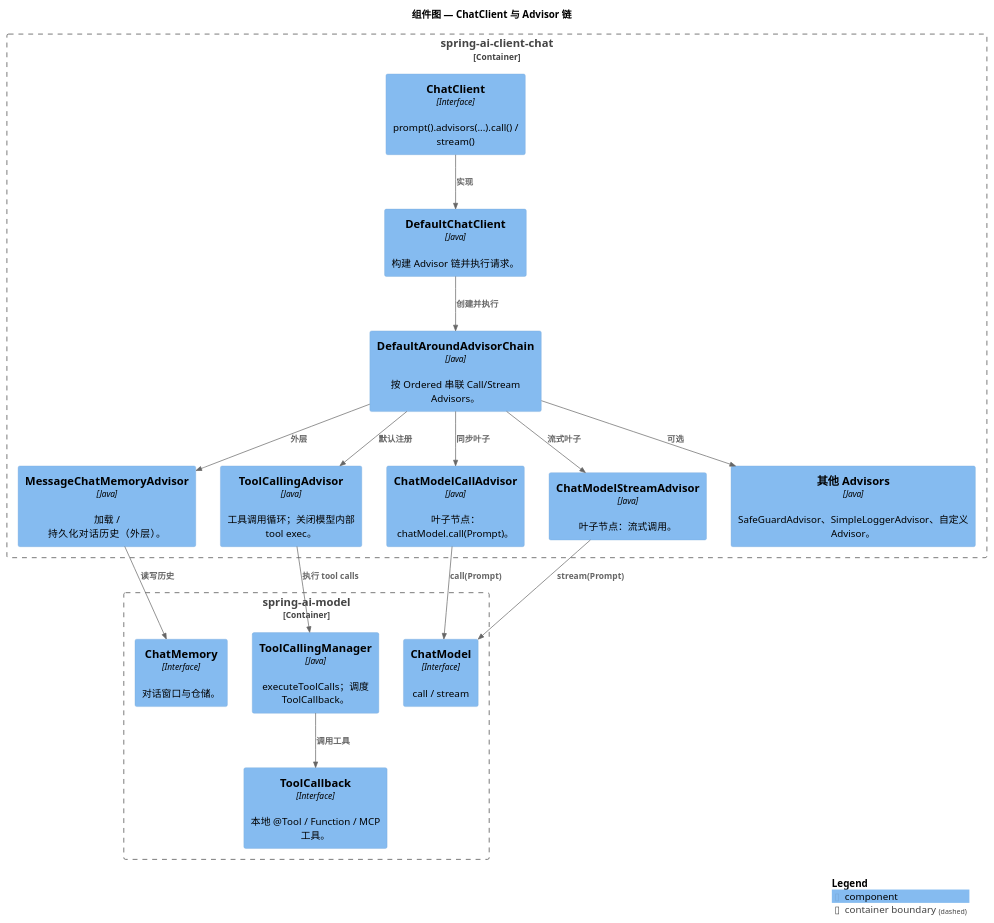
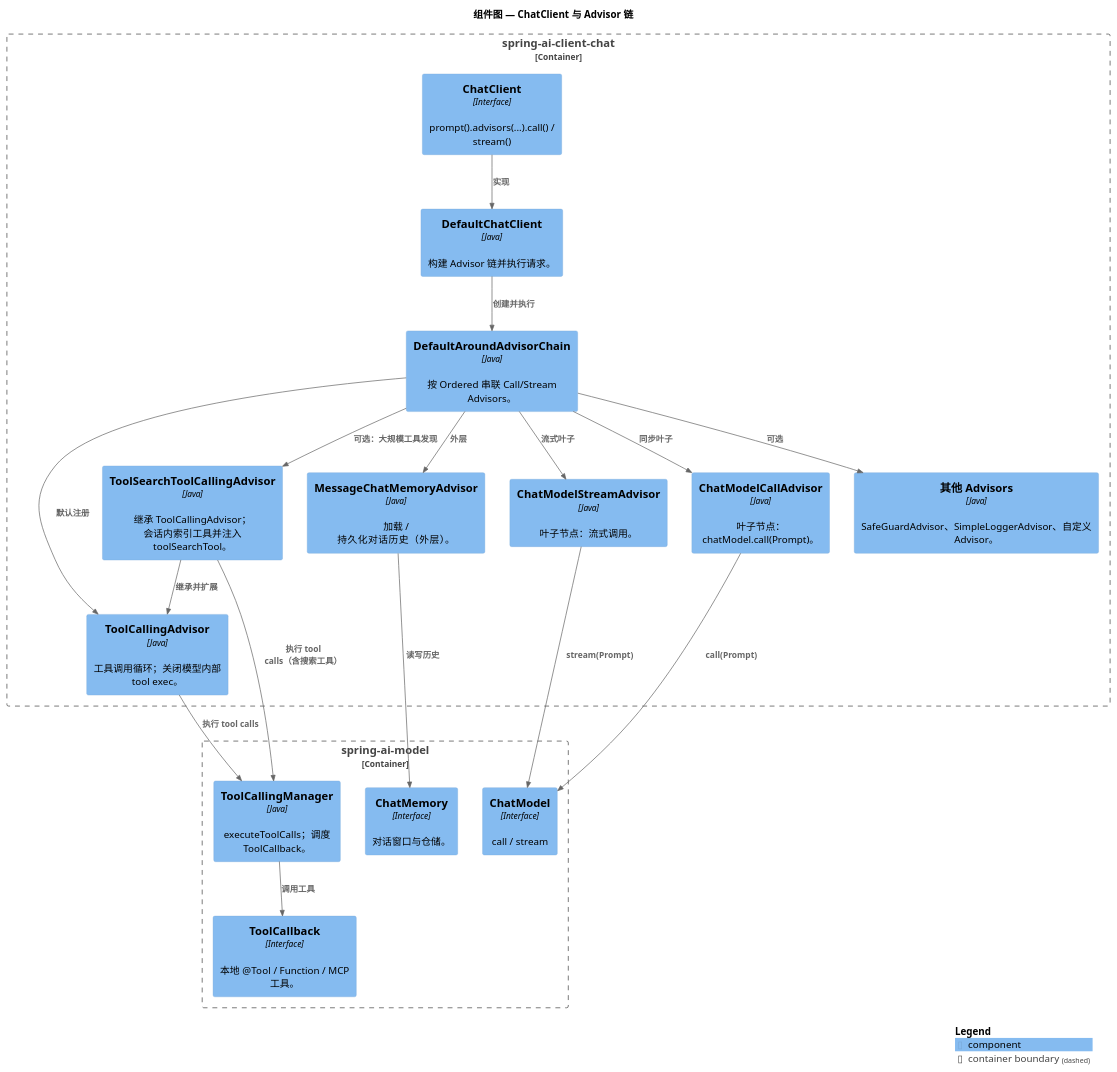
The diagram in spring-ai/docs/c4-model/C3-Component-ChatClient.puml (felixzhu97/community-docs), drawn with PlantUML before and after one commit. The commit also changed 5 other files, not shown here.

Commit message:
docs(spring-ai): add Tool Search architecture views (#12)

```diff
--- a/spring-ai/docs/c4-model/C3-Component-ChatClient.puml
+++ b/spring-ai/docs/c4-model/C3-Component-ChatClient.puml
@@ -1,38 +1,42 @@
 @startuml Spring_AI_Component_ChatClient
 !include https://raw.githubusercontent.com/plantuml-stdlib/C4-PlantUML/master/C4_Component.puml
 
 title 组件图 — ChatClient 与 Advisor 链
 
 Container_Boundary(clientBound, "spring-ai-client-chat") {
     Component(chatClient, "ChatClient", "Interface", "prompt().advisors(...).call() / stream()")
     Component(defaultClient, "DefaultChatClient", "Java", "构建 Advisor 链并执行请求。")
     Component(chain, "DefaultAroundAdvisorChain", "Java", "按 Ordered 串联 Call/Stream Advisors。")
     Component(memoryAdvisor, "MessageChatMemoryAdvisor", "Java", "加载 / 持久化对话历史（外层）。")
     Component(toolAdvisor, "ToolCallingAdvisor", "Java", "工具调用循环；关闭模型内部 tool exec。")
+    Component(toolSearchAdvisor, "ToolSearchToolCallingAdvisor", "Java", "继承 ToolCallingAdvisor；会话内索引工具并注入 toolSearchTool。")
     Component(modelCallAdvisor, "ChatModelCallAdvisor", "Java", "叶子节点：chatModel.call(Prompt)。")
     Component(modelStreamAdvisor, "ChatModelStreamAdvisor", "Java", "叶子节点：流式调用。")
     Component(otherAdvisors, "其他 Advisors", "Java", "SafeGuardAdvisor、SimpleLoggerAdvisor、自定义 Advisor。")
 }
 
 Container_Boundary(modelBound, "spring-ai-model") {
     Component(chatModel, "ChatModel", "Interface", "call / stream")
     Component(toolManager, "ToolCallingManager", "Java", "executeToolCalls；调度 ToolCallback。")
     Component(chatMemory, "ChatMemory", "Interface", "对话窗口与仓储。")
     Component(toolCallback, "ToolCallback", "Interface", "本地 @Tool / Function / MCP 工具。")
 }
 
 Rel(chatClient, defaultClient, "实现")
 Rel(defaultClient, chain, "创建并执行")
 Rel(chain, memoryAdvisor, "外层")
 Rel(chain, otherAdvisors, "可选")
 Rel(chain, toolAdvisor, "默认注册")
+Rel(chain, toolSearchAdvisor, "可选：大规模工具发现")
+Rel(toolSearchAdvisor, toolAdvisor, "继承并扩展")
 Rel(chain, modelCallAdvisor, "同步叶子")
 Rel(chain, modelStreamAdvisor, "流式叶子")
 Rel(memoryAdvisor, chatMemory, "读写历史")
 Rel(toolAdvisor, toolManager, "执行 tool calls")
+Rel(toolSearchAdvisor, toolManager, "执行 tool calls（含搜索工具）")
 Rel(toolManager, toolCallback, "调用工具")
 Rel(modelCallAdvisor, chatModel, "call(Prompt)")
 Rel(modelStreamAdvisor, chatModel, "stream(Prompt)")
 
 SHOW_LEGEND()
 @enduml
```
